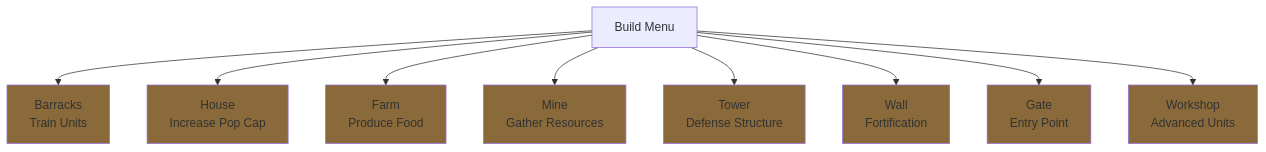
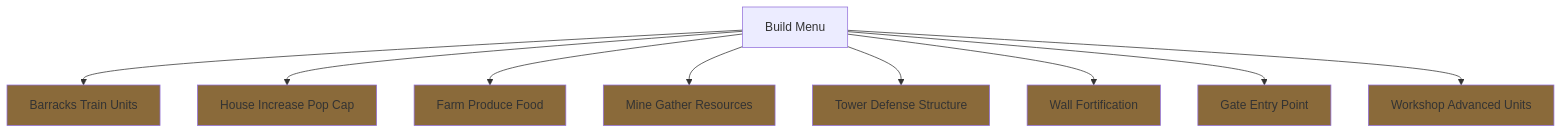
The seventh of 9 diagrams in wiki/Components.md (softwarewrighter/rts_mock), drawn with Mermaid before and after one commit. The commit also changed other lines of this file and 5 other files, not shown here.

First line of the commit message:
Fix wiki Mermaid diagrams: remove <br/> tags

````diff
--- a/wiki/Components.md
+++ b/wiki/Components.md
@@ -304,20 +304,20 @@
 ```mermaid
 graph TD
-    BUILD_MENU[Build Menu] --> BAR[Barracks<br/>Train Units]
-    BUILD_MENU --> HOUSE[House<br/>Increase Pop Cap]
-    BUILD_MENU --> FARM[Farm<br/>Produce Food]
-    BUILD_MENU --> MINE[Mine<br/>Gather Resources]
-    BUILD_MENU --> TOWER[Tower<br/>Defense Structure]
-    BUILD_MENU --> WALL[Wall<br/>Fortification]
-    BUILD_MENU --> GATE[Gate<br/>Entry Point]
-    BUILD_MENU --> WORKSHOP[Workshop<br/>Advanced Units]
+    BUILD_MENU[Build Menu] --> BAR[Barracks Train Units]
+    BUILD_MENU --> HOUSE[House Increase Pop Cap]
+    BUILD_MENU --> FARM[Farm Produce Food]
+    BUILD_MENU --> MINE[Mine Gather Resources]
+    BUILD_MENU --> TOWER[Tower Defense Structure]
+    BUILD_MENU --> WALL[Wall Fortification]
+    BUILD_MENU --> GATE[Gate Entry Point]
+    BUILD_MENU --> WORKSHOP[Workshop Advanced Units]
 
     style BAR fill:#8a6a3a
     style HOUSE fill:#8a6a3a
     style FARM fill:#8a6a3a
     style MINE fill:#8a6a3a
     style TOWER fill:#8a6a3a
     style WALL fill:#8a6a3a
     style GATE fill:#8a6a3a
     style WORKSHOP fill:#8a6a3a
 ```
````
